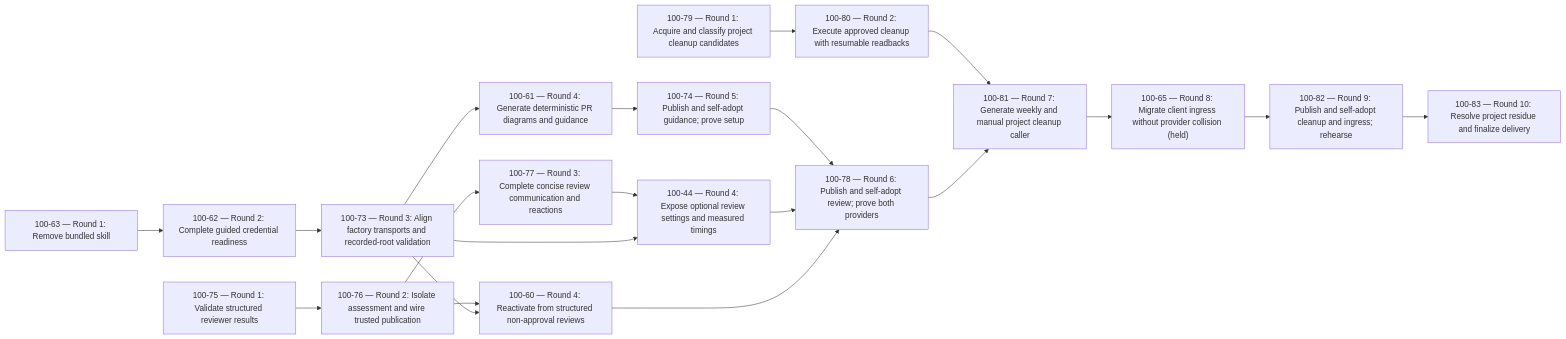
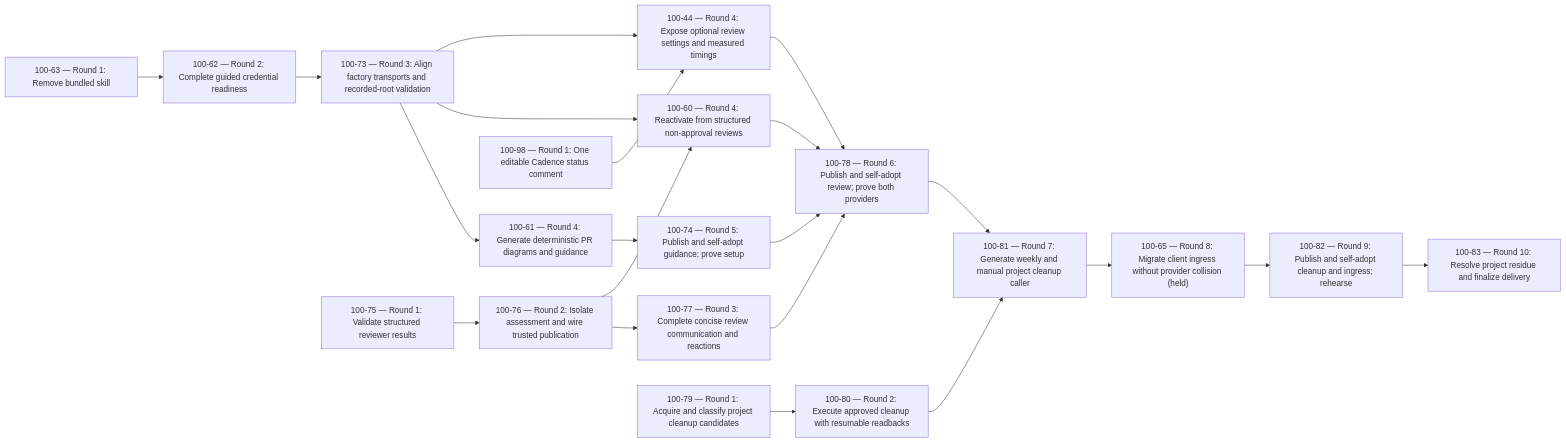
The diagram in docs/symphony-plans/fan-out-plan-100-67-template-enhancements.mmd (1000lines/symphony-client-template), drawn with Mermaid before and after one commit. The commit also changed 10 other files, not shown here.

Commit message:
Propagate Cadence status comments through Copier and split presentation dependency

```diff
--- a/docs/symphony-plans/fan-out-plan-100-67-template-enhancements.mmd
+++ b/docs/symphony-plans/fan-out-plan-100-67-template-enhancements.mmd
@@ -1,38 +1,40 @@
 %% symphony-dag/v1
 flowchart LR
   K["100-63 — Round 1: Remove bundled skill"]
   O["100-62 — Round 2: Complete guided credential readiness"]
   D["100-61 — Round 4: Generate deterministic PR diagrams and guidance"]
   G["100-73 — Round 3: Align factory transports and recorded-root validation"]
   A["100-74 — Round 5: Publish and self-adopt guidance; prove setup"]
   V["100-75 — Round 1: Validate structured reviewer results"]
   P["100-76 — Round 2: Isolate assessment and wire trusted publication"]
   C["100-77 — Round 3: Complete concise review communication and reactions"]
   N["100-60 — Round 4: Reactivate from structured non-approval reviews"]
+  S["100-98 — Round 1: One editable Cadence status comment"]
   T["100-44 — Round 4: Expose optional review settings and measured timings"]
   B["100-78 — Round 6: Publish and self-adopt review; prove both providers"]
   Q["100-79 — Round 1: Acquire and classify project cleanup candidates"]
   X["100-80 — Round 2: Execute approved cleanup with resumable readbacks"]
   L["100-81 — Round 7: Generate weekly and manual project cleanup caller"]
   I["100-65 — Round 8: Migrate client ingress without provider collision (held)"]
   W["100-82 — Round 9: Publish and self-adopt cleanup and ingress; rehearse"]
   F["100-83 — Round 10: Resolve project residue and finalize delivery"]
   K --> O
   O --> G
   G --> D
   D --> A
   V --> P
   P --> C
   P --> N
   G --> N
-  C --> T
+  S --> T
+  C --> B
   G --> T
   A --> B
   T --> B
   N --> B
   Q --> X
   X --> L
   B --> L
   L --> I
   I --> W
   W --> F
```
